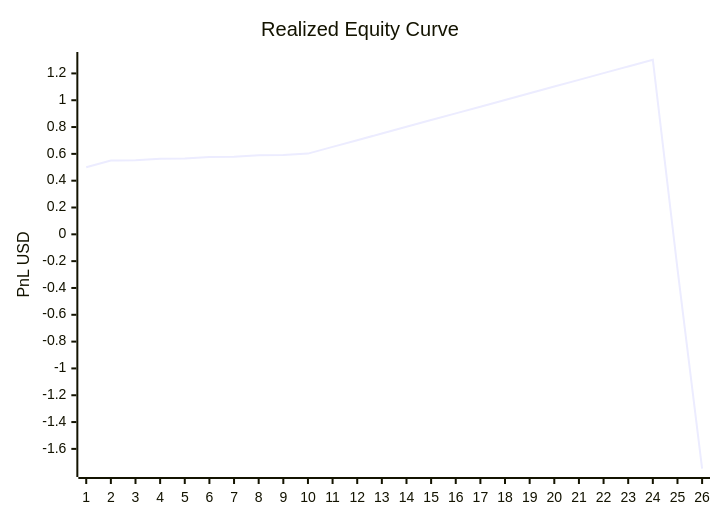
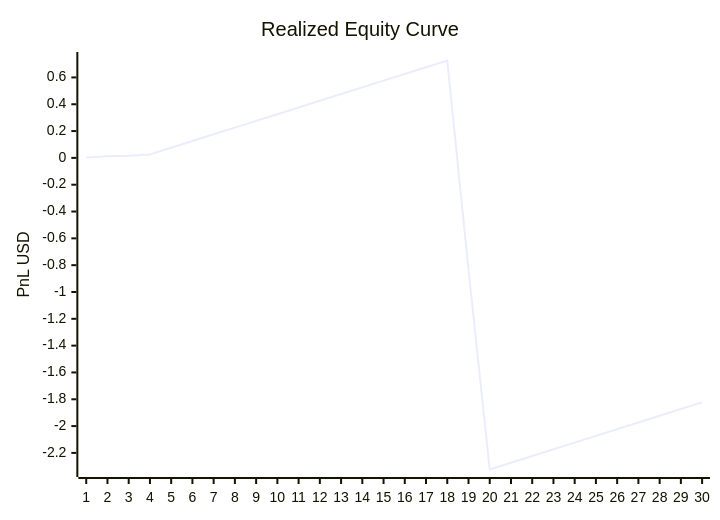
One commit to 3a7i3/crypto-ia-terminal changed the diagram in tracker_system/dashboard/dashboard.md. Above: the diagram before and after it, drawn with Mermaid. The commit also changed other lines of this file and 3004 other files, not shown here.

````diff
--- a/tracker_system/dashboard/dashboard.md
+++ b/tracker_system/dashboard/dashboard.md
@@ -23,7 +39,7 @@
 ```mermaid
 xychart-beta
     title "Realized Equity Curve"
-    x-axis [1, 2, 3, 4, 5, 6, 7, 8, 9, 10, 11, 12, 13, 14, 15, 16, 17, 18, 19, 20, 21, 22, 23, 24, 25, 26]
-    y-axis "PnL USD" -1.75 --> 1.30
-    line [0.5000, 0.5500, 0.5530, 0.5630, 0.5660, 0.5760, 0.5790, 0.5890, 0.5920, 0.6020, 0.6520, 0.7020, 0.7520, 0.8020, 0.8520, 0.9020, 0.9520, 1.0020, 1.0520, 1.1020, 1.1520, 1.2020, 1.2520, 1.3020, -0.2570, -1.7470]
+    x-axis [1, 2, 3, 4, 5, 6, 7, 8, 9, 10, 11, 12, 13, 14, 15, 16, 17, 18, 19, 20, 21, 22, 23, 24, 25, 26, 27, 28, 29, 30]
+    y-axis "PnL USD" -2.32 --> 0.73
+    line [0.0030, 0.0130, 0.0160, 0.0260, 0.0760, 0.1260, 0.1760, 0.2260, 0.2760, 0.3260, 0.3760, 0.4260, 0.4760, 0.5260, 0.5760, 0.6260, 0.6760, 0.7260, -0.8330, -2.3230, -2.2730, -2.2230, -2.1730, -2.1230, -2.0730, -2.0230, -1.9730, -1.9230, -1.8730, -1.8230]
 ```
````
